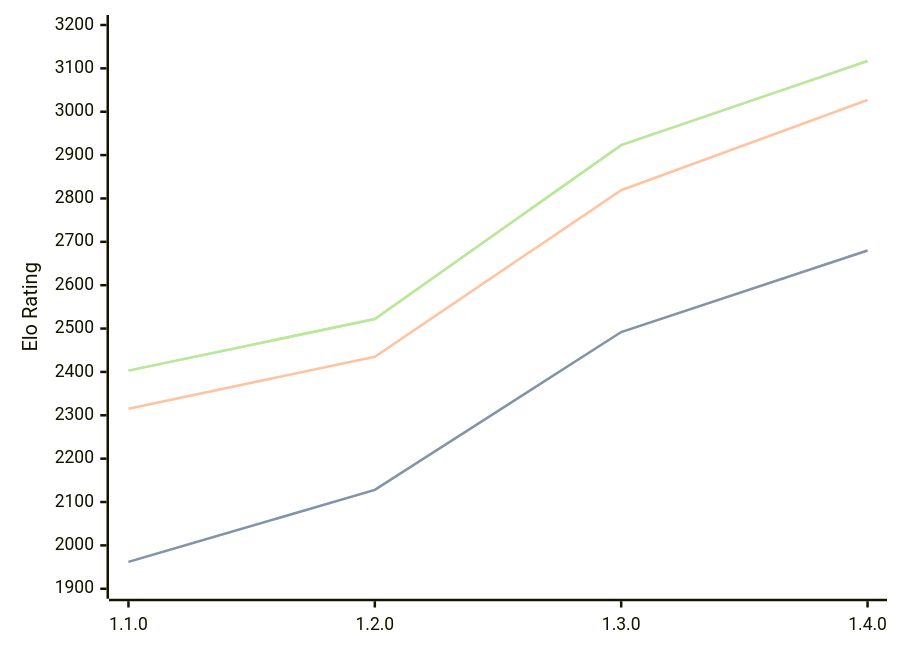
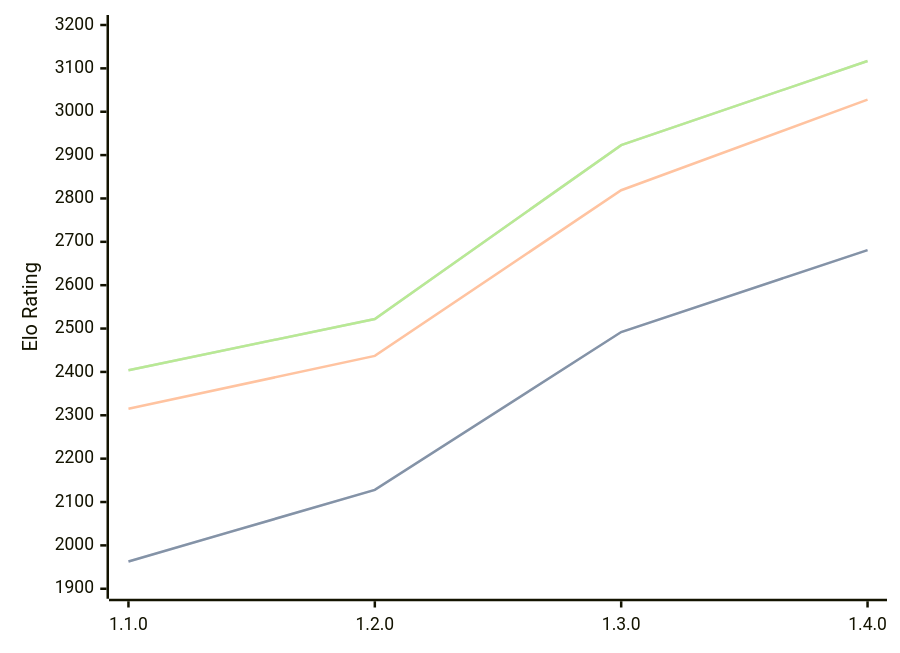
Before and after one commit to computer-chess-index/cci: the diagram in engines/Gyatso.md, drawn with Mermaid. The commit also changed other lines of this file, not shown here.

Commit message:
Update CCI Ratings (ELO VLTC) - 2026-09-13

````diff
--- a/engines/Gyatso.md
+++ b/engines/Gyatso.md
@@ -36,11 +36,11 @@
 ```mermaid
 %%{init: {"theme":"base","themeVariables":{"seriesColors:['#a3a3a3','#222221','#faa371']}}}%%
 xychart-beta
   x-axis ["1.1.0", "1.2.0", "1.3.0", "1.4.0"]
   y-axis "Elo Rating" 1900 --> 3200
-  line "" [1962, 2128, 2492, 2680]
-  line "STC (8.0+0.08s)" [1962, 2128, 2492, 2680]
-  line "LTC (60.0+0.60s)" [2315, 2435, 2819, 3027]
-  line "" [2403, 2522, 2923, 3117]
-  line "VLTC (2m24s+1.12s)" [2403, 2522, 2923, 3117]
+  line "" [1963, 2128, 2492, 2681]
+  line "STC (8.0+0.08s)" [1963, 2128, 2492, 2681]
+  line "LTC (60.0+0.60s)" [2315, 2437, 2819, 3028]
+  line "" [2404, 2522, 2923, 3117]
+  line "VLTC (2m24s+1.12s)" [2404, 2522, 2923, 3117]
 ```
````
